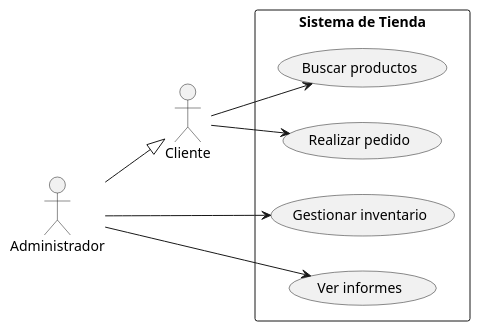
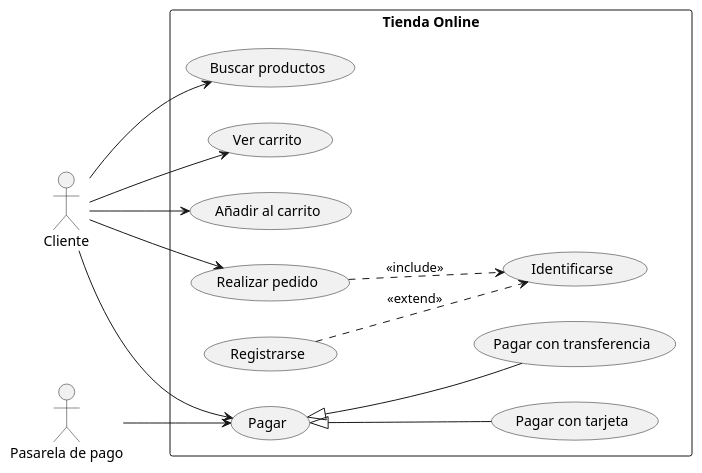
Before and after one commit to scontreraslopez/ede-2025-public: the first of 6 diagrams in UP08/UP08.md, drawn with PlantUML. The commit also changed other lines of this file and 1 other file, not shown here.

````diff
--- a/UP08/UP08.md
+++ b/UP08/UP08.md
@@ -1209,21 +390,32 @@
 ```plantuml
 @startuml
 left to right direction
 
 actor Cliente
-actor Administrador
+actor "Pasarela de pago" as Pasarela
 
-rectangle "Sistema de Tienda" {
-    usecase "Buscar productos" as UC1
-    usecase "Realizar pedido" as UC2
-    usecase "Gestionar inventario" as UC3
-    usecase "Ver informes" as UC4
+rectangle "Tienda Online" {
+  usecase "Buscar productos" as UC1
+  usecase "Ver carrito" as UC2
+  usecase "Añadir al carrito" as UC3
+  usecase "Realizar pedido" as UC4
+  usecase "Identificarse" as UC5
+  usecase "Registrarse" as UC6
+  usecase "Pagar" as UC7
+  usecase "Pagar con tarjeta" as UC8
+  usecase "Pagar con transferencia" as UC9
+
+  UC4 ..> UC5 : <<include>>
+  UC6 ..> UC5 : <<extend>>
+  UC7 <|-- UC8
+  UC7 <|-- UC9
 }
 
 Cliente --> UC1
 Cliente --> UC2
-Administrador --> UC3
-Administrador --> UC4
-Administrador --|> Cliente
+Cliente --> UC3
+Cliente --> UC4
+Cliente --> UC7
+Pasarela --> UC7
 @enduml
 ```
````
